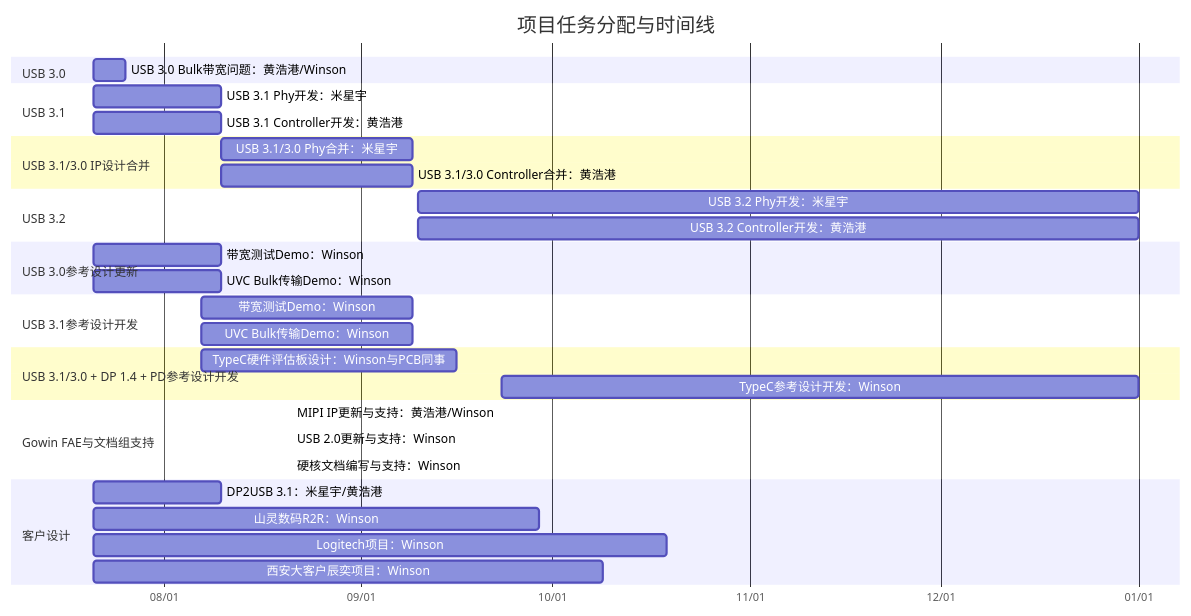
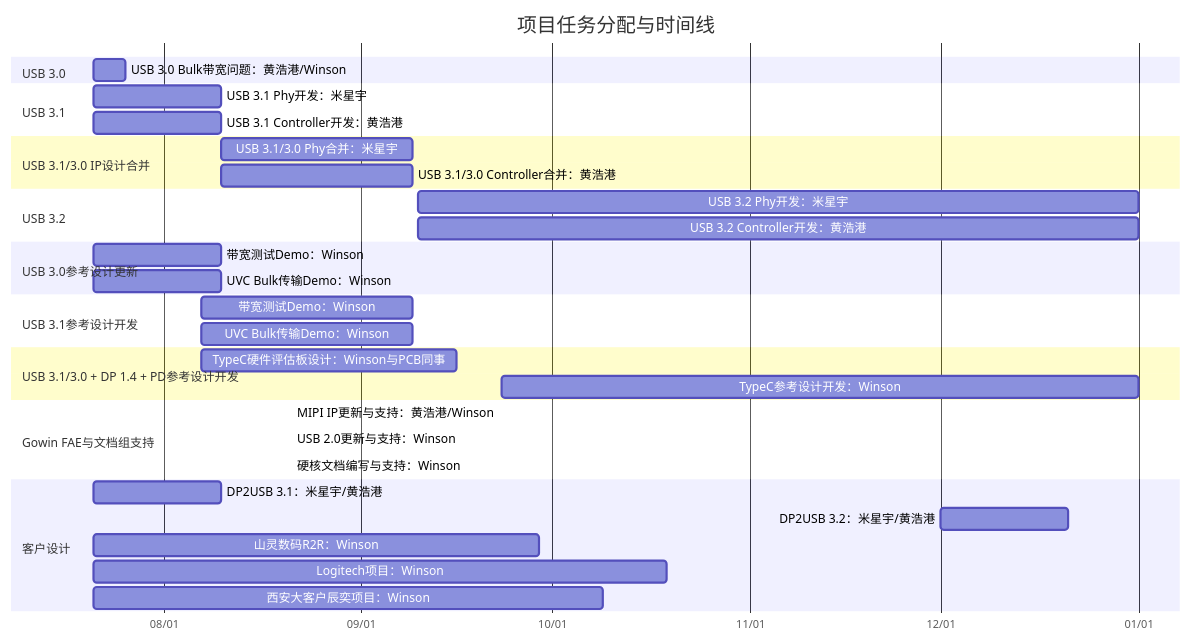
Before and after one commit to winsonbook/iodraw-files: the diagram in all/未命名.md, drawn with Mermaid.

Commit message:
2025-07-21 10:38:01 update

````diff
--- a/all/未命名.md
+++ b/all/未命名.md
@@ -1,45 +1,45 @@
 ```mermaid
 gantt
     title 项目任务分配与时间线
     dateFormat  YYYY-MM-DD
     axisFormat  %m/%d
 
     section USB 3.0
     USB 3.0 Bulk带宽问题：黄浩港/Winson   :    task1, 2025-07-21, 5d
 
     section USB 3.1
     USB 3.1 Phy开发：米星宇      :         task2, 2025-07-21, 20d
     USB 3.1 Controller开发：黄浩港      :  task3, 2025-07-21, 20d
 
     section USB 3.1/3.0 IP设计合并
     USB 3.1/3.0 Phy合并：米星宇       :    task4, 2025-08-10, 30d
     USB 3.1/3.0 Controller合并：黄浩港:    task5, 2025-08-10, 30d
 
     section USB 3.2
     USB 3.2 Phy开发：米星宇      :         task2, 2025-09-10, 113d
     USB 3.2 Controller开发：黄浩港      :  task3, 2025-09-10, 113d
 
     section USB 3.0参考设计更新
     带宽测试Demo：Winson       :         task6, 2025-07-21, 20d
     UVC Bulk传输Demo：Winson   :        task7, 2025-07-21, 20d
 
     section USB 3.1参考设计开发
     带宽测试Demo：Winson       :         task8, 2025-08-07, 33d
     UVC Bulk传输Demo：Winson   :         task9, 2025-08-07, 33d
 
     section USB 3.1/3.0 + DP 1.4 + PD参考设计开发
     TypeC硬件评估板设计：Winson与PCB同事       :         task10, 2025-08-07, 40d
     TypeC参考设计开发：Winson   :         task11, 2025-09-23, 100d
 
     section Gowin FAE与文档组支持
     MIPI IP更新与支持：黄浩港/Winson :       task16, 2025-08-21, 
     USB 2.0更新与支持：Winson :             task17, 2025-08-21, 
     硬核文档编写与支持：Winson :         task18, 2025-08-21, 
 
     section 客户设计
     DP2USB 3.1：米星宇/黄浩港      :task12, 2025-07-21, 20d
-    
+    DP2USB 3.2：米星宇/黄浩港      :task12, 2025-12-01, 20d
     山灵数码R2R：Winson :             task13, 2025-07-21, 70d
     Logitech项目：Winson :            task14, 2025-07-21, 90d
     西安大客户辰奕项目：Winson :       task15, 2025-07-21, 80d
 ```
````
